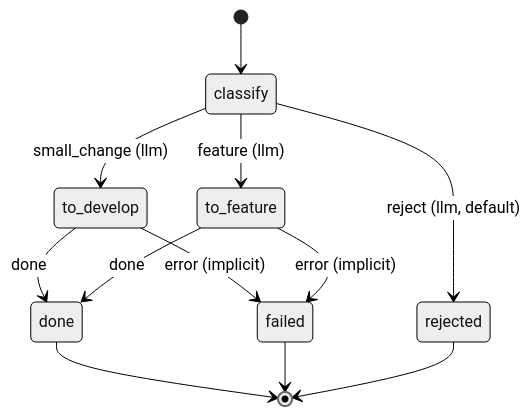
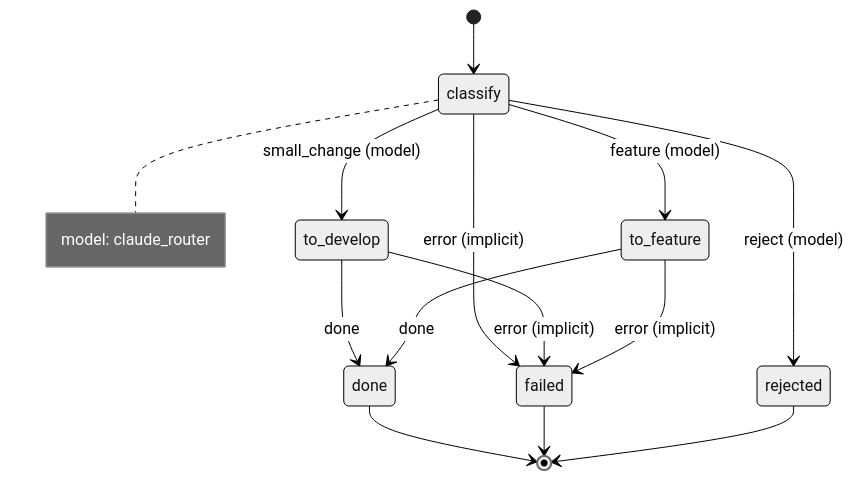
The diagram in mock/graph/triage.md (jtmckay/decree), drawn with Mermaid (neutral theme) before and after one commit. The commit also changed 299 other files, not shown here.

````diff
--- a/mock/graph/triage.md
+++ b/mock/graph/triage.md
@@ -5,14 +5,18 @@
 ```mermaid
 stateDiagram-v2
     [*] --> classify
-    classify --> to_feature: feature (llm)
-    classify --> rejected: reject (llm, default)
-    classify --> to_develop: small_change (llm)
+    classify --> failed: error (implicit)
+    classify --> to_feature: feature (model)
+    classify --> rejected: reject (model)
+    classify --> to_develop: small_change (model)
     to_develop --> done: done
     to_develop --> failed: error (implicit)
     to_feature --> done: done
     to_feature --> failed: error (implicit)
     done --> [*]
     failed --> [*]
     rejected --> [*]
+    note right of classify
+        model: claude_router
+    end note
 ```
````
